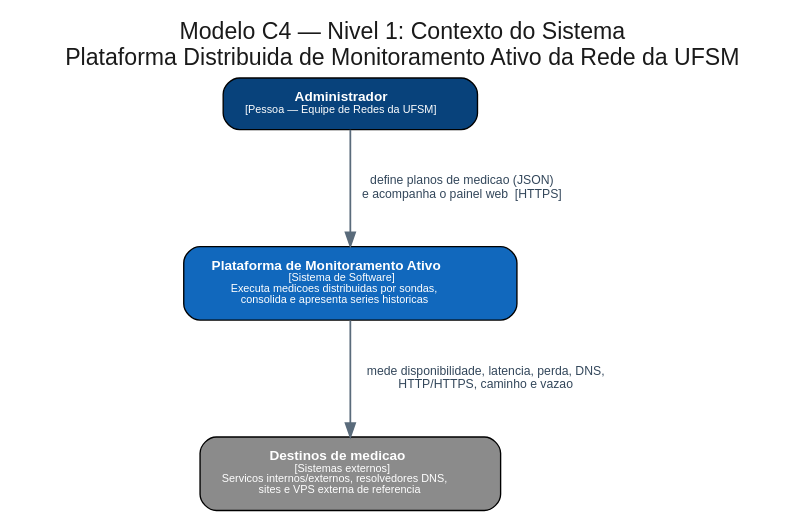
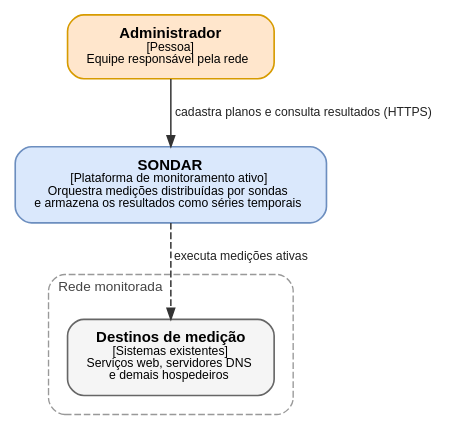
The diagram in docs/arquitetura/c4-1-contexto.dot (anthony-c-silva/ufsm-monitor), drawn with Graphviz before and after one commit. The commit also changed 22 other files, not shown here.

Commit message:
fix(agent): nova conexao por medicao HTTP; diagramas atualizados; teste de carga

```diff
--- a/docs/arquitetura/c4-1-contexto.dot
+++ b/docs/arquitetura/c4-1-contexto.dot
@@ -1,14 +1,25 @@
+// Modelo C4 - nivel 1 (contexto). Gerar: dot -Tpdf c4-1-contexto.dot -o c4-1-contexto.pdf
 digraph C4_Contexto {
   rankdir=TB;
-  graph [fontname="Helvetica", labelloc="t", fontsize=17, fontcolor="#1a1a1a",
-         label="Modelo C4 — Nivel 1: Contexto do Sistema\nPlataforma Distribuida de Monitoramento Ativo da Rede da UFSM", nodesep=0.7, ranksep=0.9];
-  node [shape=box, style="rounded,filled", fontname="Helvetica", fontsize=10, margin="0.22,0.14"];
-  edge [fontname="Helvetica", fontsize=9, color="#5a6b7b", fontcolor="#33475b", penwidth=1.3];
+  graph [fontname="Liberation Sans", nodesep=0.5, ranksep=0.55, pad=0.05, margin=0];
+  node  [shape=box, style="rounded,filled", fontname="Liberation Sans", fontsize=11,
+         margin="0.2,0.12", penwidth=1.2];
+  edge  [fontname="Liberation Sans", fontsize=9, color="#333333", fontcolor="#222222",
+         penwidth=1.1, arrowsize=0.8];
 
-  admin  [label=<<b>Administrador</b><br/><font point-size="8" color="white">[Pessoa — Equipe de Redes da UFSM]</font>>, fillcolor="#08427b", fontcolor="white"];
-  sistema[label=<<b>Plataforma de Monitoramento Ativo</b><br/><font point-size="8" color="white">[Sistema de Software]</font><br/><font point-size="8" color="white">Executa medicoes distribuidas por sondas,<br/>consolida e apresenta series historicas</font>>, fillcolor="#1168bd", fontcolor="white", width=3.4];
-  alvos  [label=<<b>Destinos de medicao</b><br/><font point-size="8" color="white">[Sistemas externos]</font><br/><font point-size="8" color="white">Servicos internos/externos, resolvedores DNS,<br/>sites e VPS externa de referencia</font>>, fillcolor="#8b8b8b", fontcolor="white"];
+  admin [label=<<b>Administrador</b><br/><font point-size="9">[Pessoa]</font><br/><font point-size="9">Equipe responsável pela rede</font>>,
+         fillcolor="#ffe6cc", color="#d79b00"];
 
-  admin   -> sistema [label="define planos de medicao (JSON)\ne acompanha o painel web  [HTTPS]"];
-  sistema -> alvos   [label="mede disponibilidade, latencia, perda, DNS,\nHTTP/HTTPS, caminho e vazao"];
+  sistema [label=<<b>SONDAR</b><br/><font point-size="9">[Plataforma de monitoramento ativo]</font><br/><font point-size="9">Orquestra medições distribuídas por sondas<br/>e armazena os resultados como séries temporais</font>>,
+           fillcolor="#dae8fc", color="#6c8ebf"];
+
+  subgraph cluster_rede {
+    label="Rede monitorada"; labeljust="l"; fontname="Liberation Sans"; fontsize=10; fontcolor="#444444";
+    style="rounded,dashed"; color="#999999"; margin=14;
+    destinos [label=<<b>Destinos de medição</b><br/><font point-size="9">[Sistemas existentes]</font><br/><font point-size="9">Serviços web, servidores DNS<br/>e demais hospedeiros</font>>,
+              fillcolor="#f5f5f5", color="#666666"];
+  }
+
+  admin   -> sistema  [label=" cadastra planos e consulta resultados (HTTPS)"];
+  sistema -> destinos [label=" executa medições ativas", style=dashed];
 }
```
